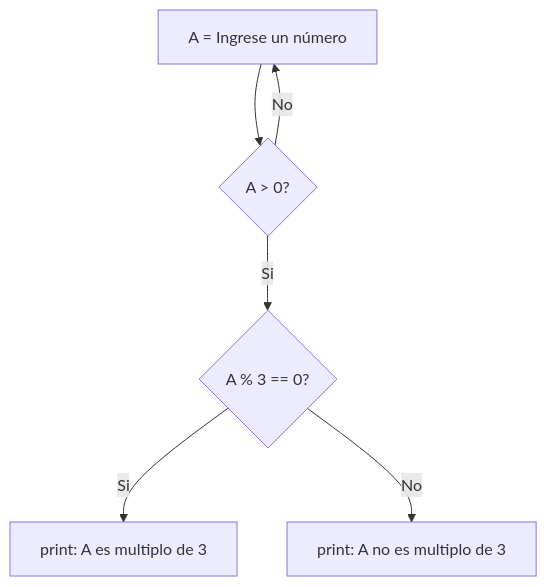
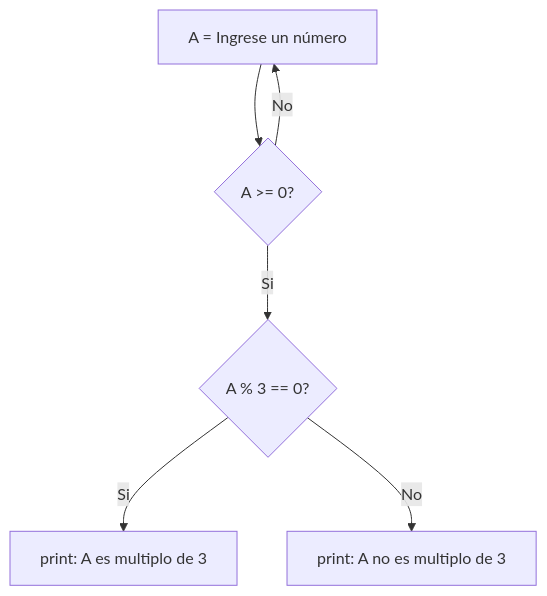
Before and after one commit to Chabok52/TP_8: the diagram in Ejercicio9.md, drawn with Mermaid. The commit also changed other lines of this file, not shown here.

Commit message:
Correción ejercicio 9

````diff
--- a/Ejercicio9.md
+++ b/Ejercicio9.md
@@ -3,8 +3,8 @@
 ```mermaid
 flowchart TD
-	A[A = Ingrese un número] --> B{A > 0?}
+	A[A = Ingrese un número] --> B{A >= 0?}
 	B --> |No| A
 	B --> |Si| C{A % 3 == 0?}
     C --> |Si| D[print: A es multiplo de 3]
     C --> |No| E[print: A no es multiplo de 3]
 ```
````
